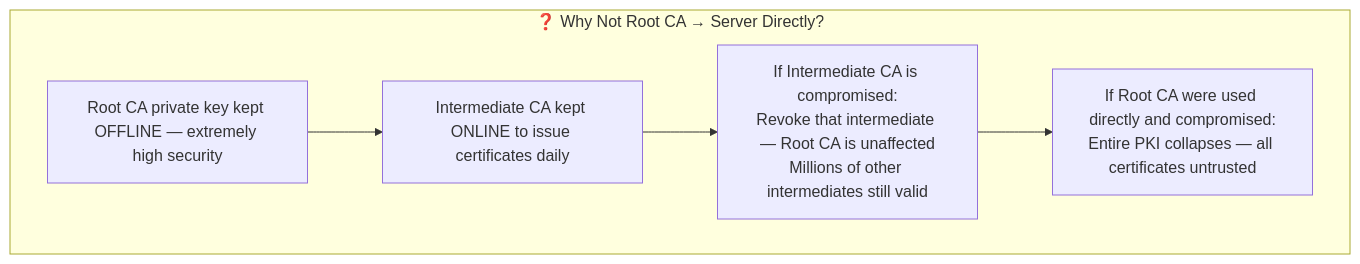
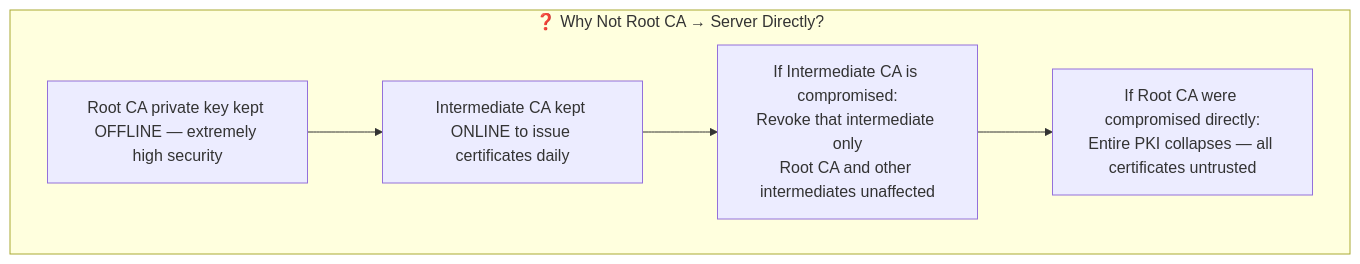
The third of 6 diagrams in src/main/java/security/pki/README.md (csoares/SecurityJava), drawn with Mermaid before and after one commit. The commit also changed other lines of this file and 10 other files, not shown here.

Commit message:
Refine README diagrams and descriptions for clarity and accuracy

````diff
--- a/src/main/java/security/pki/README.md
+++ b/src/main/java/security/pki/README.md
@@ -42,10 +42,10 @@
 ```mermaid
 flowchart TD
     subgraph Why ["❓ Why Not Root CA → Server Directly?"]
         W1["Root CA private key kept OFFLINE — extremely high security"]
         W2["Intermediate CA kept ONLINE to issue certificates daily"]
-        W3["If Intermediate CA is compromised:<br/>Revoke that intermediate — Root CA is unaffected<br/>Millions of other intermediates still valid"]
-        W4["If Root CA were used directly and compromised:<br/>Entire PKI collapses — all certificates untrusted"]
+        W3["If Intermediate CA is compromised:<br/>Revoke that intermediate only<br/>Root CA and other intermediates unaffected"]
+        W4["If Root CA were compromised directly:<br/>Entire PKI collapses — all certificates untrusted"]
         W1 --> W2 --> W3 --> W4
     end
 ```
````
